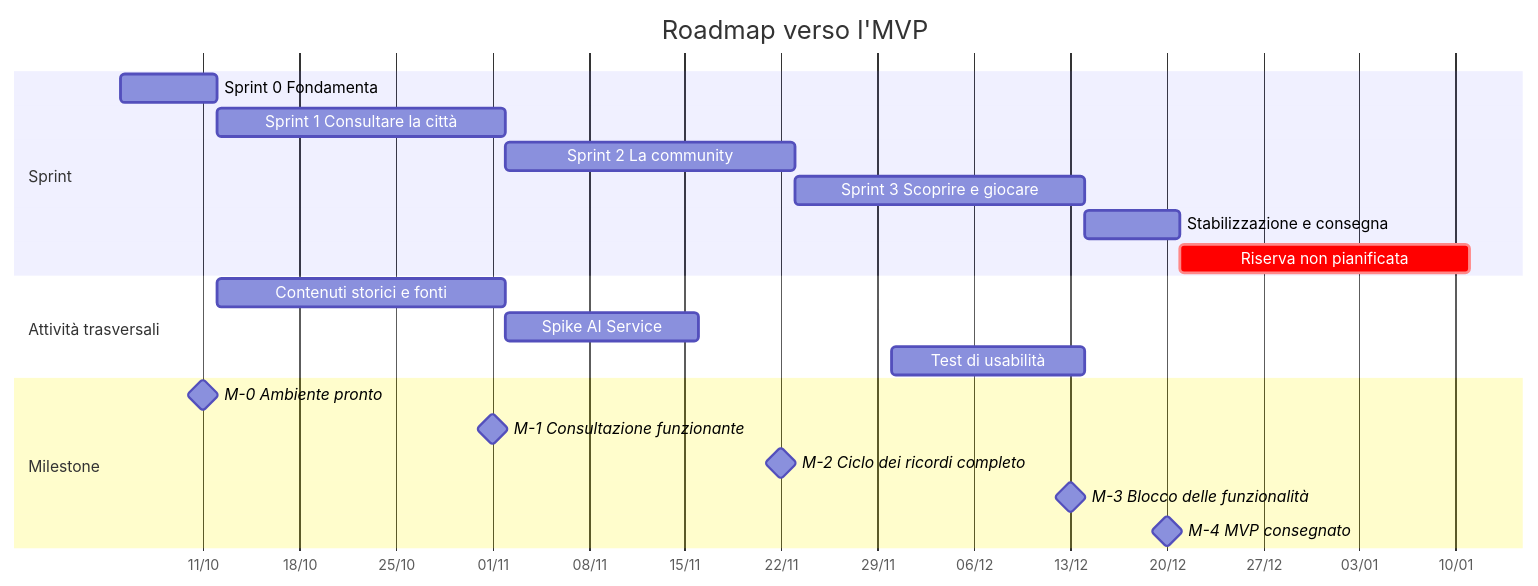
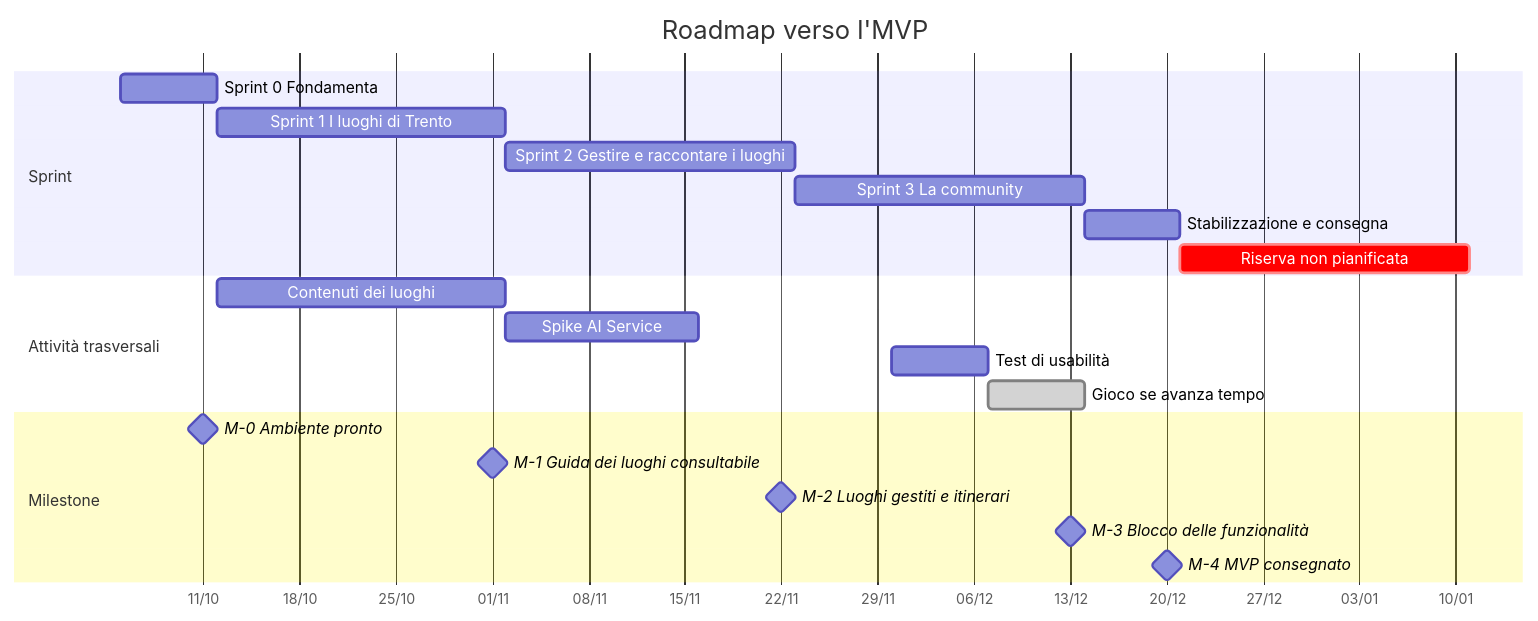
The fourth of 4 diagrams in docs/fase-4-pianificazione.md (bulla06/Ing-software-prog-discover-tridentum.), drawn with Mermaid before and after one commit. The commit also changed other lines of this file and 3 other files, not shown here.

First line of the commit message:
Fase 4 v0.2: priorità ai luoghi, gioco per ultimo

````diff
--- a/docs/fase-4-pianificazione.md
+++ b/docs/fase-4-pianificazione.md
@@ -259,23 +308,24 @@
 ```mermaid
 gantt
     title Roadmap verso l'MVP
     dateFormat YYYY-MM-DD
     axisFormat %d/%m
     section Sprint
     Sprint 0 Fondamenta :s0, 2026-10-05, 7d
-    Sprint 1 Consultare la città :s1, after s0, 21d
-    Sprint 2 La community :s2, after s1, 21d
-    Sprint 3 Scoprire e giocare :s3, after s2, 21d
+    Sprint 1 I luoghi di Trento :s1, after s0, 21d
+    Sprint 2 Gestire e raccontare i luoghi :s2, after s1, 21d
+    Sprint 3 La community :s3, after s2, 21d
     Stabilizzazione e consegna :st, after s3, 7d
     Riserva non pianificata :crit, rs, after st, 21d
     section Attività trasversali
-    Contenuti storici e fonti :c1, 2026-10-12, 21d
+    Contenuti dei luoghi :c1, 2026-10-12, 21d
     Spike AI Service :a1, 2026-11-02, 14d
-    Test di usabilità :u1, 2026-11-30, 14d
+    Test di usabilità :u1, 2026-11-30, 7d
+    Gioco se avanza tempo :done, g1, 2026-12-07, 7d
     section Milestone
     M-0 Ambiente pronto :milestone, m0, 2026-10-11, 0d
-    M-1 Consultazione funzionante :milestone, m1, 2026-11-01, 0d
-    M-2 Ciclo dei ricordi completo :milestone, m2, 2026-11-22, 0d
+    M-1 Guida dei luoghi consultabile :milestone, m1, 2026-11-01, 0d
+    M-2 Luoghi gestiti e itinerari :milestone, m2, 2026-11-22, 0d
     M-3 Blocco delle funzionalità :milestone, m3, 2026-12-13, 0d
     M-4 MVP consegnato :milestone, m4, 2026-12-20, 0d
 ```
````
